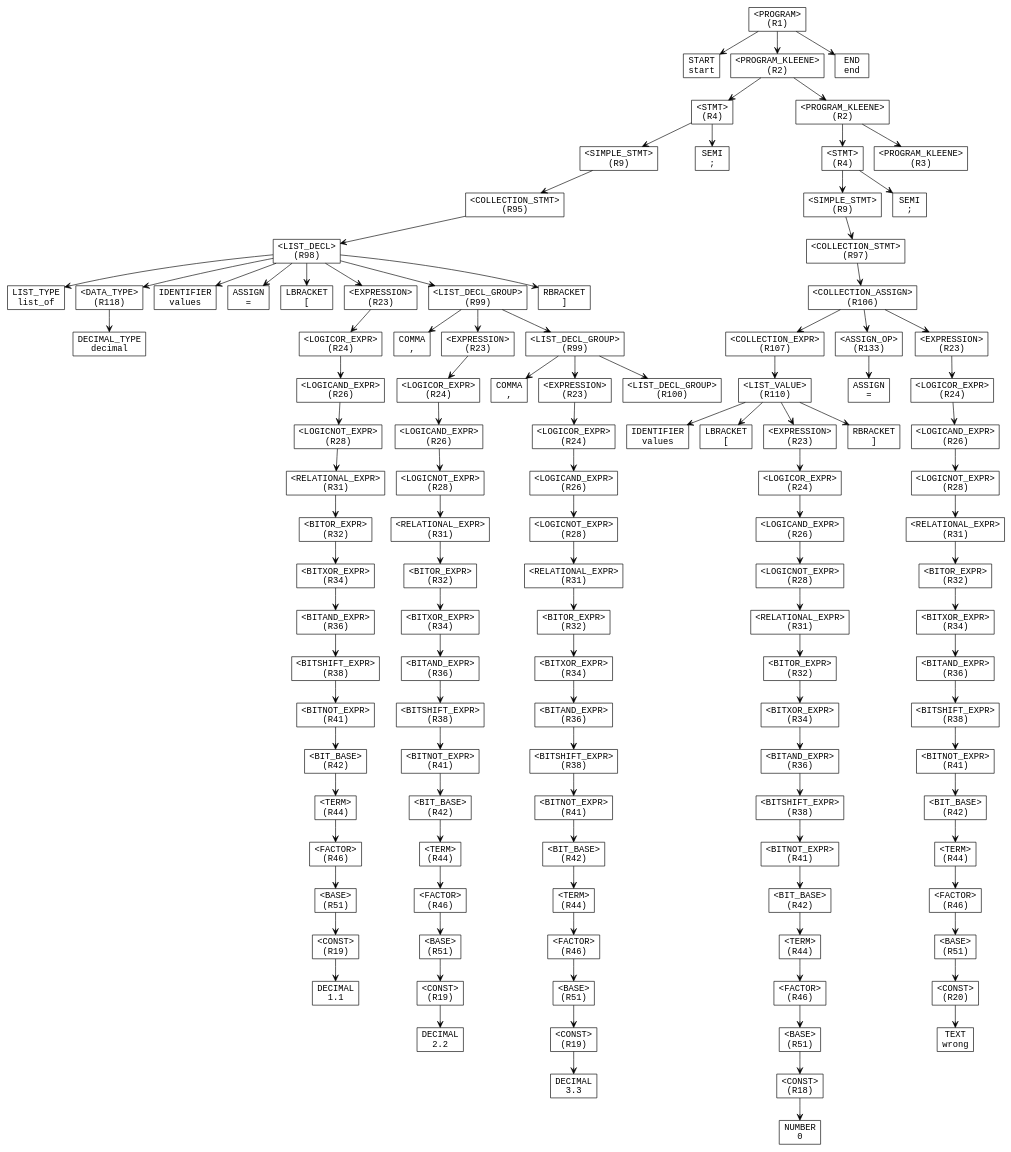
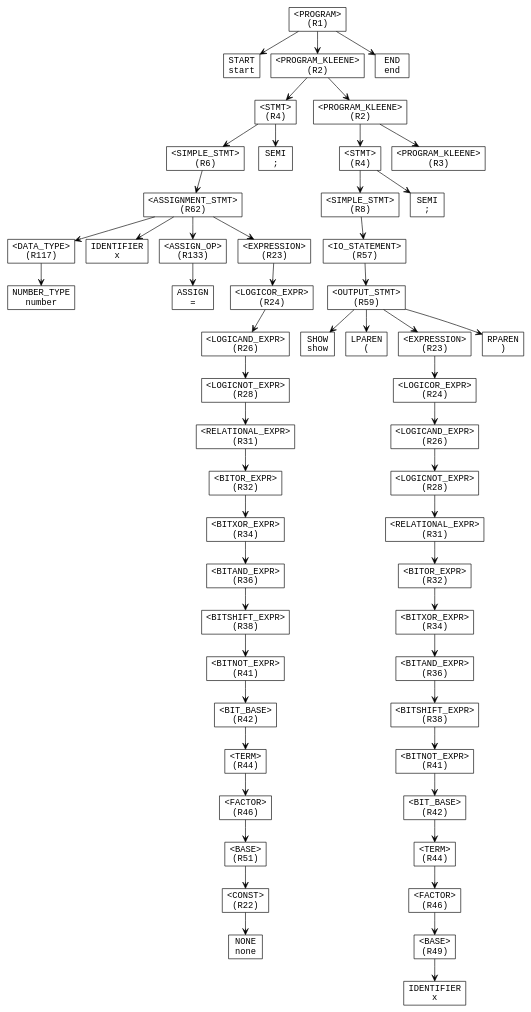
The diagram in parse_tree.dot (AjDesuuu/Upspyre-Programming-Language), drawn with Graphviz before and after one commit. The commit also changed 4 other files, not shown here.

Commit message:
null assignment (none) now supported

```diff
--- a/parse_tree.dot
+++ b/parse_tree.dot
@@ -1,45 +1,39 @@
 digraph ParseTree {
   node [shape=box, fontname="Courier"];
   edge [arrowhead=vee];
-  n1099975486 [label="<PROGRAM>\n(R1)"];
-  n1692310401 [label="START\nstart"];
-  n1099975486 -> n1692310401;
-  n485081469 [label="<PROGRAM_KLEENE>\n(R2)"];
-  n1356608316 [label="<STMT>\n(R4)"];
-  n1485080858 [label="<SIMPLE_STMT>\n(R9)"];
-  n1182232665 [label="<COLLECTION_STMT>\n(R95)"];
-  n340239299 [label="<LIST_DECL>\n(R98)"];
-  n624113572 [label="LIST_TYPE\nlist_of"];
-  n340239299 -> n624113572;
-  n1501800001 [label="<DATA_TYPE>\n(R118)"];
-  n604758160 [label="DECIMAL_TYPE\ndecimal"];
+  n4275866 [label="<PROGRAM>\n(R1)"];
+  n1099975486 [label="START\nstart"];
+  n4275866 -> n1099975486;
+  n26476492 [label="<PROGRAM_KLEENE>\n(R2)"];
+  n485081469 [label="<STMT>\n(R4)"];
+  n1356608316 [label="<SIMPLE_STMT>\n(R6)"];
+  n1485080858 [label="<ASSIGNMENT_STMT>\n(R62)"];
+  n1182232665 [label="<DATA_TYPE>\n(R117)"];
+  n340239299 [label="NUMBER_TYPE\nnumber"];
+  n1182232665 -> n340239299;
+  n1485080858 -> n1182232665;
+  n624113572 [label="IDENTIFIER\nx"];
+  n1485080858 -> n624113572;
+  n1501800001 [label="<ASSIGN_OP>\n(R133)"];
+  n604758160 [label="ASSIGN\n="];
   n1501800001 -> n604758160;
-  n340239299 -> n1501800001;
-  n226166377 [label="IDENTIFIER\nvalues"];
-  n340239299 -> n226166377;
-  n826908277 [label="ASSIGN\n="];
-  n340239299 -> n826908277;
-  n1975293875 [label="LBRACKET\n["];
-  n340239299 -> n1975293875;
-  n248047348 [label="<EXPRESSION>\n(R23)"];
-  n1532358922 [label="<LOGICOR_EXPR>\n(R24)"];
-  n638744099 [label="<LOGICAND_EXPR>\n(R26)"];
-  n922905693 [label="<LOGICNOT_EXPR>\n(R28)"];
-  n2117387023 [label="<RELATIONAL_EXPR>\n(R31)"];
-  n169717858 [label="<BITOR_EXPR>\n(R32)"];
-  n1066101868 [label="<BITXOR_EXPR>\n(R34)"];
-  n458202948 [label="<BITAND_EXPR>\n(R36)"];
-  n1136331673 [label="<BITSHIFT_EXPR>\n(R38)"];
-  n608316716 [label="<BITNOT_EXPR>\n(R41)"];
-  n1078910404 [label="<BIT_BASE>\n(R42)"];
-  n664592182 [label="<TERM>\n(R44)"];
-  n1012989855 [label="<FACTOR>\n(R46)"];
-  n167681650 [label="<BASE>\n(R51)"];
-  n1063834228 [label="<CONST>\n(R19)"];
-  n2127351744 [label="DECIMAL\n1.1"];
-  n1063834228 -> n2127351744;
-  n167681650 -> n1063834228;
-  n1012989855 -> n167681650;
+  n1485080858 -> n1501800001;
+  n226166377 [label="<EXPRESSION>\n(R23)"];
+  n826908277 [label="<LOGICOR_EXPR>\n(R24)"];
+  n1975293875 [label="<LOGICAND_EXPR>\n(R26)"];
+  n248047348 [label="<LOGICNOT_EXPR>\n(R28)"];
+  n1532358922 [label="<RELATIONAL_EXPR>\n(R31)"];
+  n638744099 [label="<BITOR_EXPR>\n(R32)"];
+  n922905693 [label="<BITXOR_EXPR>\n(R34)"];
+  n2117387023 [label="<BITAND_EXPR>\n(R36)"];
+  n169717858 [label="<BITSHIFT_EXPR>\n(R38)"];
+  n1066101868 [label="<BITNOT_EXPR>\n(R41)"];
+  n458202948 [label="<BIT_BASE>\n(R42)"];
+  n1136331673 [label="<TERM>\n(R44)"];
+  n608316716 [label="<FACTOR>\n(R46)"];
+  n1078910404 [label="<BASE>\n(R51)"];
+  n664592182 [label="<CONST>\n(R22)"];
+  n1012989855 [label="NONE\nnone"];
   n664592182 -> n1012989855;
   n1078910404 -> n664592182;
   n608316716 -> n1078910404;
@@ -52,26 +46,41 @@
   n638744099 -> n922905693;
   n1532358922 -> n638744099;
   n248047348 -> n1532358922;
-  n340239299 -> n248047348;
-  n1164663681 [label="<LIST_DECL_GROUP>\n(R99)"];
-  n941314128 [label="COMMA\n,"];
-  n1164663681 -> n941314128;
-  n1092214357 [label="<EXPRESSION>\n(R23)"];
-  n1504951161 [label="<LOGICOR_EXPR>\n(R24)"];
-  n1176192157 [label="<LOGICAND_EXPR>\n(R26)"];
-  n610276830 [label="<LOGICNOT_EXPR>\n(R28)"];
-  n730106993 [label="<RELATIONAL_EXPR>\n(R31)"];
-  n1873318411 [label="<BITOR_EXPR>\n(R32)"];
-  n1938492623 [label="<BITXOR_EXPR>\n(R34)"];
-  n1465985413 [label="<BITAND_EXPR>\n(R36)"];
-  n1485422620 [label="<BITSHIFT_EXPR>\n(R38)"];
-  n1939487180 [label="<BITNOT_EXPR>\n(R41)"];
-  n1482468868 [label="<BIT_BASE>\n(R42)"];
-  n103778699 [label="<TERM>\n(R44)"];
-  n279978098 [label="<FACTOR>\n(R46)"];
-  n843460593 [label="<BASE>\n(R51)"];
-  n265788211 [label="<CONST>\n(R19)"];
-  n1976445075 [label="DECIMAL\n2.2"];
+  n1975293875 -> n248047348;
+  n826908277 -> n1975293875;
+  n226166377 -> n826908277;
+  n1485080858 -> n226166377;
+  n1356608316 -> n1485080858;
+  n485081469 -> n1356608316;
+  n167681650 [label="SEMI\n;"];
+  n485081469 -> n167681650;
+  n26476492 -> n485081469;
+  n1063834228 [label="<PROGRAM_KLEENE>\n(R2)"];
+  n2127351744 [label="<STMT>\n(R4)"];
+  n1164663681 [label="<SIMPLE_STMT>\n(R8)"];
+  n941314128 [label="<IO_STATEMENT>\n(R57)"];
+  n1092214357 [label="<OUTPUT_STMT>\n(R59)"];
+  n1504951161 [label="SHOW\nshow"];
+  n1092214357 -> n1504951161;
+  n1176192157 [label="LPAREN\n("];
+  n1092214357 -> n1176192157;
+  n610276830 [label="<EXPRESSION>\n(R23)"];
+  n730106993 [label="<LOGICOR_EXPR>\n(R24)"];
+  n1873318411 [label="<LOGICAND_EXPR>\n(R26)"];
+  n1938492623 [label="<LOGICNOT_EXPR>\n(R28)"];
+  n1465985413 [label="<RELATIONAL_EXPR>\n(R31)"];
+  n1485422620 [label="<BITOR_EXPR>\n(R32)"];
+  n1939487180 [label="<BITXOR_EXPR>\n(R34)"];
+  n1482468868 [label="<BITAND_EXPR>\n(R36)"];
+  n103778699 [label="<BITSHIFT_EXPR>\n(R38)"];
+  n279978098 [label="<BITNOT_EXPR>\n(R41)"];
+  n843460593 [label="<BIT_BASE>\n(R42)"];
+  n265788211 [label="<TERM>\n(R44)"];
+  n1976445075 [label="<FACTOR>\n(R46)"];
+  n1693197800 [label="<BASE>\n(R49)"];
+  n1733732131 [label="IDENTIFIER\nx"];
+  n1693197800 -> n1733732131;
+  n1976445075 -> n1693197800;
   n265788211 -> n1976445075;
   n843460593 -> n265788211;
   n279978098 -> n843460593;
@@ -84,150 +93,19 @@
   n1873318411 -> n1938492623;
   n730106993 -> n1873318411;
   n610276830 -> n730106993;
-  n1176192157 -> n610276830;
-  n1504951161 -> n1176192157;
-  n1092214357 -> n1504951161;
-  n1164663681 -> n1092214357;
-  n1693197800 [label="<LIST_DECL_GROUP>\n(R99)"];
-  n1733732131 [label="COMMA\n,"];
-  n1693197800 -> n1733732131;
-  n1424729849 [label="<EXPRESSION>\n(R23)"];
-  n1348830791 [label="<LOGICOR_EXPR>\n(R24)"];
-  n1428372166 [label="<LOGICAND_EXPR>\n(R26)"];
-  n127852798 [label="<LOGICNOT_EXPR>\n(R28)"];
-  n248201882 [label="<RELATIONAL_EXPR>\n(R31)"];
-  n1918937786 [label="<BITOR_EXPR>\n(R32)"];
-  n1054427962 [label="<BITXOR_EXPR>\n(R34)"];
-  n1311823119 [label="<BITAND_EXPR>\n(R36)"];
-  n448496065 [label="<BITSHIFT_EXPR>\n(R38)"];
-  n1836703062 [label="<BITNOT_EXPR>\n(R41)"];
-  n428723032 [label="<BIT_BASE>\n(R42)"];
-  n1365114315 [label="<TERM>\n(R44)"];
-  n397331368 [label="<FACTOR>\n(R46)"];
-  n882784102 [label="<BASE>\n(R51)"];
-  n1128201638 [label="<CONST>\n(R19)"];
-  n2100556719 [label="DECIMAL\n3.3"];
-  n1128201638 -> n2100556719;
-  n882784102 -> n1128201638;
-  n397331368 -> n882784102;
-  n1365114315 -> n397331368;
-  n428723032 -> n1365114315;
-  n1836703062 -> n428723032;
-  n448496065 -> n1836703062;
-  n1311823119 -> n448496065;
-  n1054427962 -> n1311823119;
-  n1918937786 -> n1054427962;
-  n248201882 -> n1918937786;
-  n127852798 -> n248201882;
-  n1428372166 -> n127852798;
-  n1348830791 -> n1428372166;
-  n1424729849 -> n1348830791;
-  n1693197800 -> n1424729849;
-  n480347178 [label="<LIST_DECL_GROUP>\n(R100)"];
-  n1693197800 -> n480347178;
-  n1164663681 -> n1693197800;
-  n340239299 -> n1164663681;
-  n1505863135 [label="RBRACKET\n]"];
-  n340239299 -> n1505863135;
-  n1182232665 -> n340239299;
-  n1485080858 -> n1182232665;
-  n1356608316 -> n1485080858;
-  n1831252108 [label="SEMI\n;"];
-  n1356608316 -> n1831252108;
-  n485081469 -> n1356608316;
-  n258643980 [label="<PROGRAM_KLEENE>\n(R2)"];
-  n536534303 [label="<STMT>\n(R4)"];
-  n1262582882 [label="<SIMPLE_STMT>\n(R9)"];
-  n331028310 [label="<COLLECTION_STMT>\n(R97)"];
-  n1221220309 [label="<COLLECTION_ASSIGN>\n(R106)"];
-  n26307062 [label="<COLLECTION_EXPR>\n(R107)"];
-  n1106487242 [label="<LIST_VALUE>\n(R110)"];
-  n179902725 [label="IDENTIFIER\nvalues"];
-  n1106487242 -> n179902725;
-  n282559352 [label="LBRACKET\n["];
-  n1106487242 -> n282559352;
-  n444831309 [label="<EXPRESSION>\n(R23)"];
-  n1175629600 [label="<LOGICOR_EXPR>\n(R24)"];
-  n69330902 [label="<LOGICAND_EXPR>\n(R26)"];
-  n683763817 [label="<LOGICNOT_EXPR>\n(R28)"];
-  n787915458 [label="<RELATIONAL_EXPR>\n(R31)"];
-  n2102289299 [label="<BITOR_EXPR>\n(R32)"];
-  n1985623227 [label="<BITXOR_EXPR>\n(R34)"];
-  n1442547769 [label="<BITAND_EXPR>\n(R36)"];
-  n1317060854 [label="<BITSHIFT_EXPR>\n(R38)"];
-  n1079795790 [label="<BITNOT_EXPR>\n(R41)"];
-  n1736731410 [label="<BIT_BASE>\n(R42)"];
-  n1849134491 [label="<TERM>\n(R44)"];
-  n653813723 [label="<FACTOR>\n(R46)"];
-  n92618074 [label="<BASE>\n(R51)"];
-  n1100810755 [label="<CONST>\n(R18)"];
-  n328469758 [label="NUMBER\n0"];
-  n1100810755 -> n328469758;
-  n92618074 -> n1100810755;
-  n653813723 -> n92618074;
-  n1849134491 -> n653813723;
-  n1736731410 -> n1849134491;
-  n1079795790 -> n1736731410;
-  n1317060854 -> n1079795790;
-  n1442547769 -> n1317060854;
-  n1985623227 -> n1442547769;
-  n2102289299 -> n1985623227;
-  n787915458 -> n2102289299;
-  n683763817 -> n787915458;
-  n69330902 -> n683763817;
-  n1175629600 -> n69330902;
-  n444831309 -> n1175629600;
-  n1106487242 -> n444831309;
-  n1983346664 [label="RBRACKET\n]"];
-  n1106487242 -> n1983346664;
-  n26307062 -> n1106487242;
-  n1221220309 -> n26307062;
-  n1526004633 [label="<ASSIGN_OP>\n(R133)"];
-  n1938833366 [label="ASSIGN\n="];
-  n1526004633 -> n1938833366;
-  n1221220309 -> n1526004633;
-  n1087389350 [label="<EXPRESSION>\n(R23)"];
-  n227907939 [label="<LOGICOR_EXPR>\n(R24)"];
-  n1891664763 [label="<LOGICAND_EXPR>\n(R26)"];
-  n39611450 [label="<LOGICNOT_EXPR>\n(R28)"];
-  n1127765977 [label="<RELATIONAL_EXPR>\n(R31)"];
-  n1657245788 [label="<BITOR_EXPR>\n(R32)"];
-  n375921700 [label="<BITXOR_EXPR>\n(R34)"];
-  n1999937391 [label="<BITAND_EXPR>\n(R36)"];
-  n1991477455 [label="<BITSHIFT_EXPR>\n(R38)"];
-  n682144565 [label="<BITNOT_EXPR>\n(R41)"];
-  n2121728824 [label="<BIT_BASE>\n(R42)"];
-  n761996414 [label="<TERM>\n(R44)"];
-  n1198798060 [label="<FACTOR>\n(R46)"];
-  n707270188 [label="<BASE>\n(R51)"];
-  n1820376722 [label="<CONST>\n(R20)"];
-  n406601640 [label="TEXT\nwrong"];
-  n1820376722 -> n406601640;
-  n707270188 -> n1820376722;
-  n1198798060 -> n707270188;
-  n761996414 -> n1198798060;
-  n2121728824 -> n761996414;
-  n682144565 -> n2121728824;
-  n1991477455 -> n682144565;
-  n1999937391 -> n1991477455;
-  n375921700 -> n1999937391;
-  n1657245788 -> n375921700;
-  n1127765977 -> n1657245788;
-  n39611450 -> n1127765977;
-  n1891664763 -> n39611450;
-  n227907939 -> n1891664763;
-  n1087389350 -> n227907939;
-  n1221220309 -> n1087389350;
-  n331028310 -> n1221220309;
-  n1262582882 -> n331028310;
-  n536534303 -> n1262582882;
-  n2114566935 [label="SEMI\n;"];
-  n536534303 -> n2114566935;
-  n258643980 -> n536534303;
-  n351947660 [label="<PROGRAM_KLEENE>\n(R3)"];
-  n258643980 -> n351947660;
-  n485081469 -> n258643980;
-  n1099975486 -> n485081469;
-  n2103903151 [label="END\nend"];
-  n1099975486 -> n2103903151;
+  n1092214357 -> n610276830;
+  n1424729849 [label="RPAREN\n)"];
+  n1092214357 -> n1424729849;
+  n941314128 -> n1092214357;
+  n1164663681 -> n941314128;
+  n2127351744 -> n1164663681;
+  n1348830791 [label="SEMI\n;"];
+  n2127351744 -> n1348830791;
+  n1063834228 -> n2127351744;
+  n1428372166 [label="<PROGRAM_KLEENE>\n(R3)"];
+  n1063834228 -> n1428372166;
+  n26476492 -> n1063834228;
+  n4275866 -> n26476492;
+  n127852798 [label="END\nend"];
+  n4275866 -> n127852798;
 }
```
